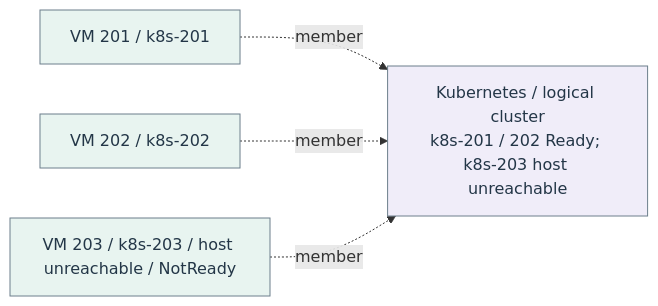
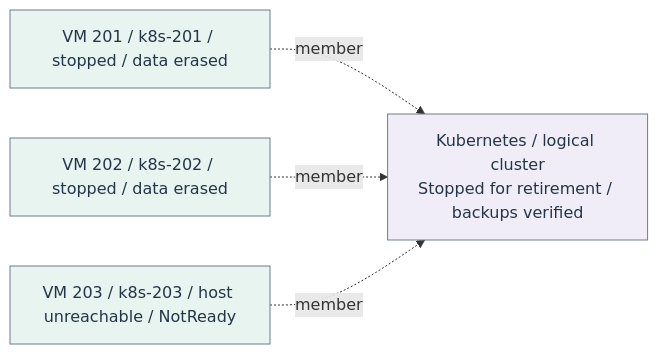
Before and after one commit to Harsh-2002/Homelab: diagram 17 of 22 in docs/architecture/homelab-mermaid.md, drawn with Mermaid. The commit also changed other lines of this file and 77 other files, not shown here.

````diff
--- a/docs/architecture/homelab-mermaid.md
+++ b/docs/architecture/homelab-mermaid.md
@@ -535,14 +541,14 @@
 ```mermaid
 flowchart LR
-  n_flow_8_0["Kubernetes / logical cluster<br/>k8s-201 / 202 Ready; k8s-203 host unreachable"]
-  n_flow_8_1["VM 201 / k8s-201"]
-  n_flow_8_2["VM 202 / k8s-202"]
+  n_flow_8_0["Kubernetes / logical cluster<br/>Stopped for retirement / backups verified"]
+  n_flow_8_1["VM 201 / k8s-201 / stopped / data erased"]
+  n_flow_8_2["VM 202 / k8s-202 / stopped / data erased"]
   n_flow_8_3["VM 203 / k8s-203 / host unreachable / NotReady"]
   n_flow_8_1 -.->|"member"| n_flow_8_0
   n_flow_8_2 -.->|"member"| n_flow_8_0
   n_flow_8_3 -.->|"member"| n_flow_8_0
   classDef c_flow_8_0 fill:#f0edf9,stroke:#6c7f8c,color:#233647;
   class n_flow_8_0 c_flow_8_0;
   classDef c_flow_8_1 fill:#e8f4f0,stroke:#6c7f8c,color:#233647;
   class n_flow_8_1,n_flow_8_2,n_flow_8_3 c_flow_8_1;
 ```
````
